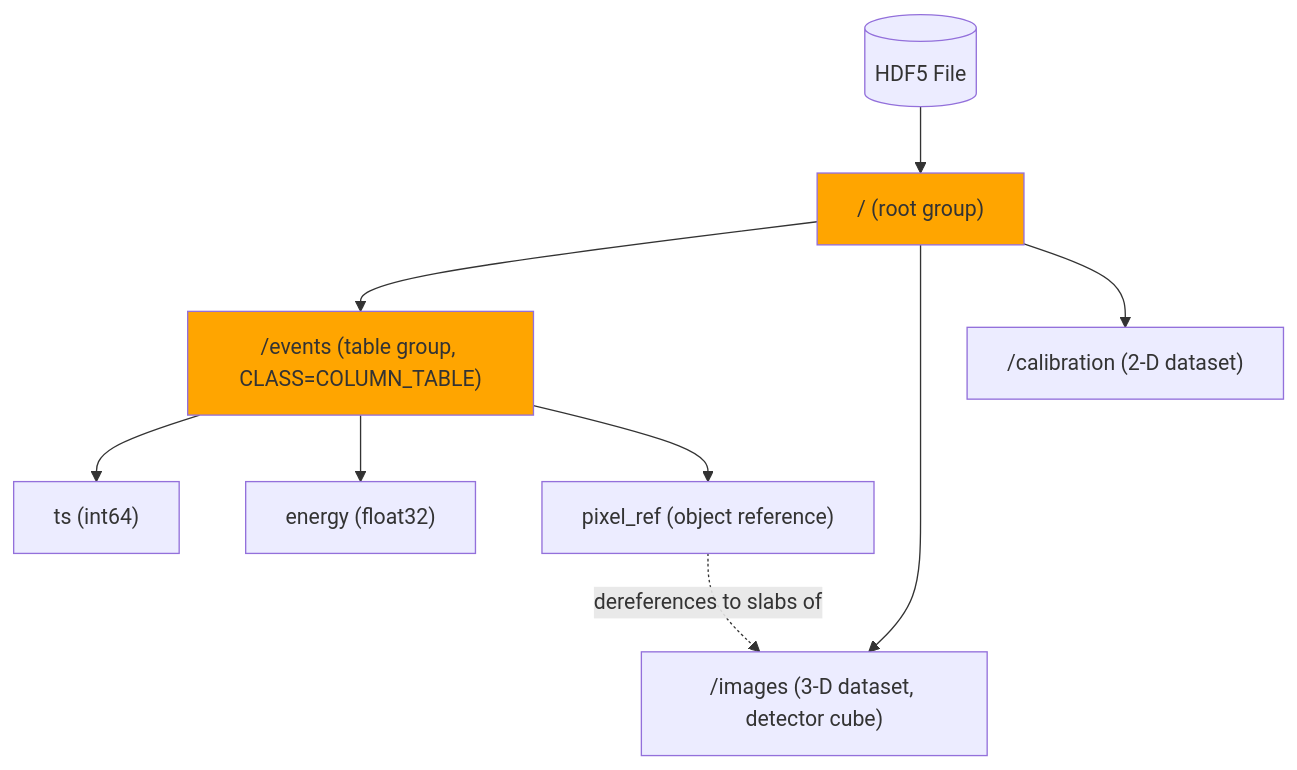
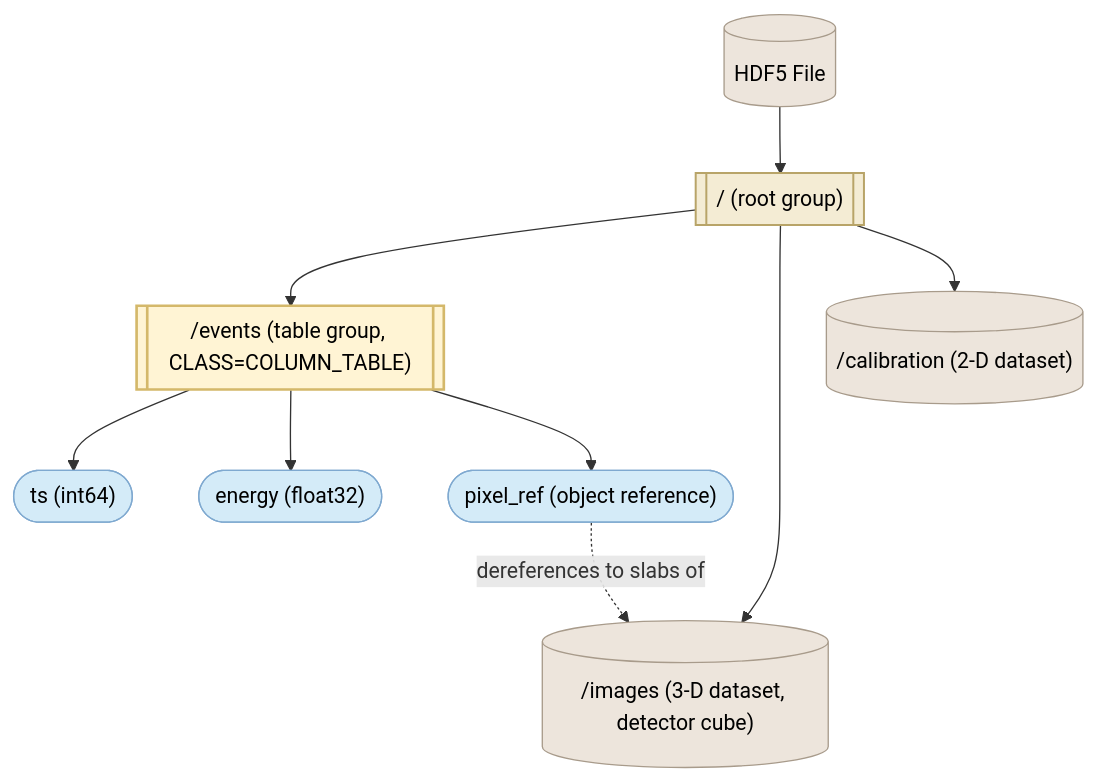
The first of 8 diagrams in HEP001/index.md (HDFAlliance/heps), drawn with Mermaid before and after one commit. The commit also changed other lines of this file, not shown here.

Commit message:
Improve Mermaid diagrams

````diff
--- a/HEP001/index.md
+++ b/HEP001/index.md
@@ -162,14 +162,23 @@
 ```{mermaid}
 graph TD
   F[("HDF5 File")]
-  F --> R["/ (root group)"]
-  style R fill:orange
-  R --> T["/events (table group, CLASS=COLUMN_TABLE)"]
-  style T fill:orange
-  R --> I["/images (3-D dataset, detector cube)"]
-  R --> C["/calibration (2-D dataset)"]
-  T --> c1["ts (int64)"]
-  T --> c2["energy (float32)"]
-  T --> c3["pixel_ref (object reference)"]
+  F --> R[["/ (root group)"]]
+  R --> T[["/events (table group, CLASS=COLUMN_TABLE)"]]
+  R --> I[("/images (3-D dataset, detector cube)")]
+  R --> C[("/calibration (2-D dataset)")]
+  T --> c1(["ts (int64)"])
+  T --> c2(["energy (float32)"])
+  T --> c3(["pixel_ref (object reference)"])
   c3 -. "dereferences to slabs of" .-> I
+
+  classDef rootGroup  fill:#F4ECD4,stroke:#B8A468,stroke-width:1.5px,color:#000
+  classDef tableGroup fill:#FFF4D4,stroke:#D4B86A,stroke-width:2px,color:#000
+  classDef dataCol    fill:#D4EBF8,stroke:#7FA9D0,stroke-width:1px,color:#000
+  classDef otherData  fill:#EDE5DC,stroke:#A89B8B,stroke-width:1px,color:#000
+
+  class F otherData
+  class R rootGroup
+  class T tableGroup
+  class I,C otherData
+  class c1,c2,c3 dataCol
 ```
````
